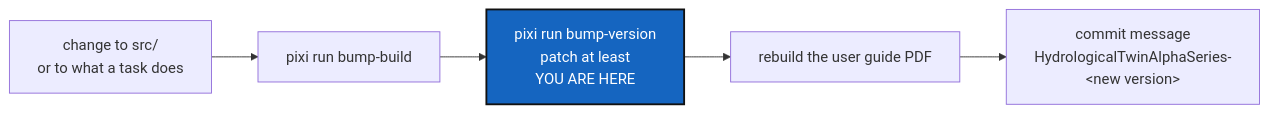
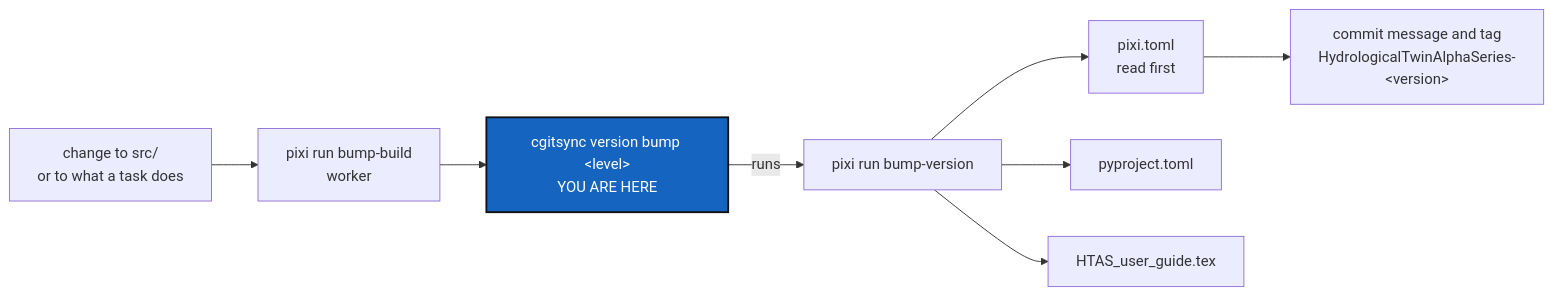
One commit to flipoyo/.dev changed the diagram in Versioning.md. Above: the diagram before and after it, drawn with Mermaid. The commit also changed other lines of this file and 3 other files, not shown here.

Commit message:
HydrologicalTwinAlphaSeries-000.alpha.40 Versioning Ticket finalisation

````diff
--- a/Versioning.md
+++ b/Versioning.md
@@ -37,10 +36,13 @@
 ```mermaid
 graph LR
-    C["change to src/<br/>or to what a task does"] --> B["pixi run bump-build"]
-    B --> V["pixi run bump-version<br/>patch at least<br/>YOU ARE HERE"]
-    V --> P["rebuild the user guide PDF"]
-    P --> M["commit message<br/>HydrologicalTwinAlphaSeries-&lt;new version&gt;"]
+    C["change to src/<br/>or to what a task does"] --> BB["pixi run bump-build<br/>worker"]
+    BB --> CV["cgitsync version bump &lt;level&gt;<br/>YOU ARE HERE"]
+    CV -->|"runs"| BV["pixi run bump-version"]
+    BV --> P["pixi.toml<br/>read first"]
+    BV --> PY["pyproject.toml"]
+    BV --> TEX["HTAS_user_guide.tex"]
+    P --> M["commit message and tag<br/>HydrologicalTwinAlphaSeries-&lt;version&gt;"]
 
     classDef here fill:#1565C0,color:#fff,stroke:#111,stroke-width:2px;
-    class V here;
+    class CV here;
 ```
````
